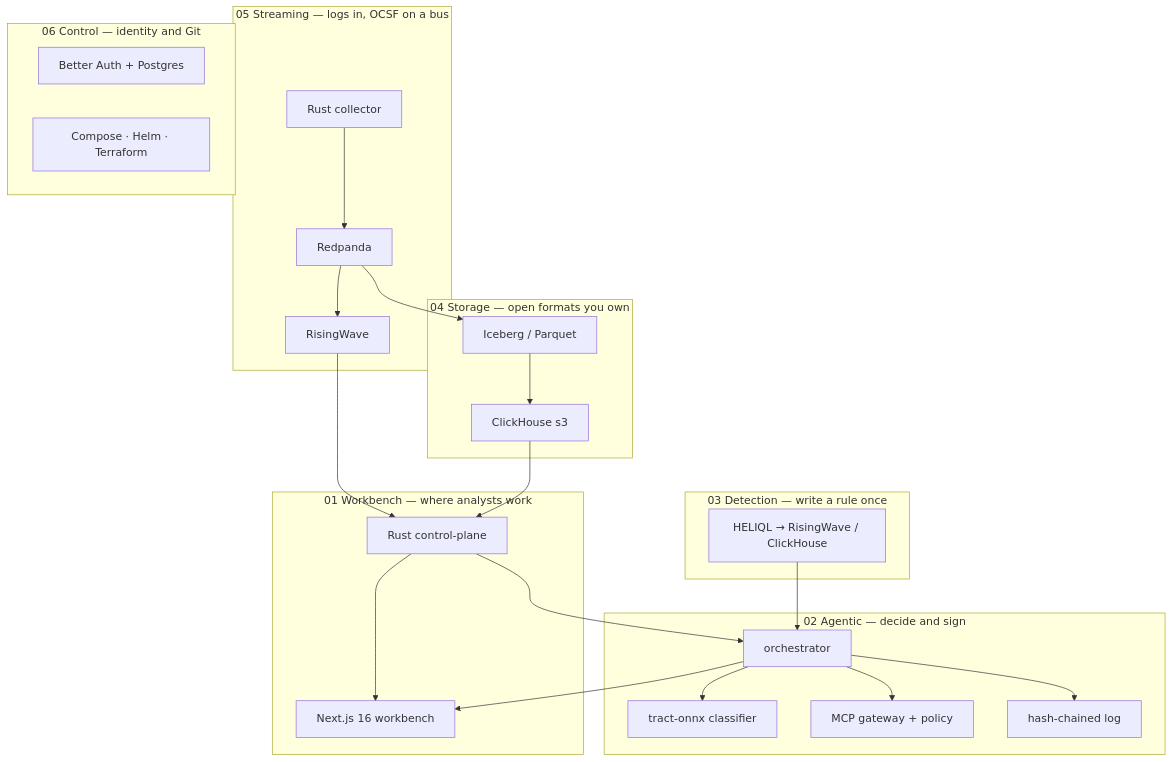
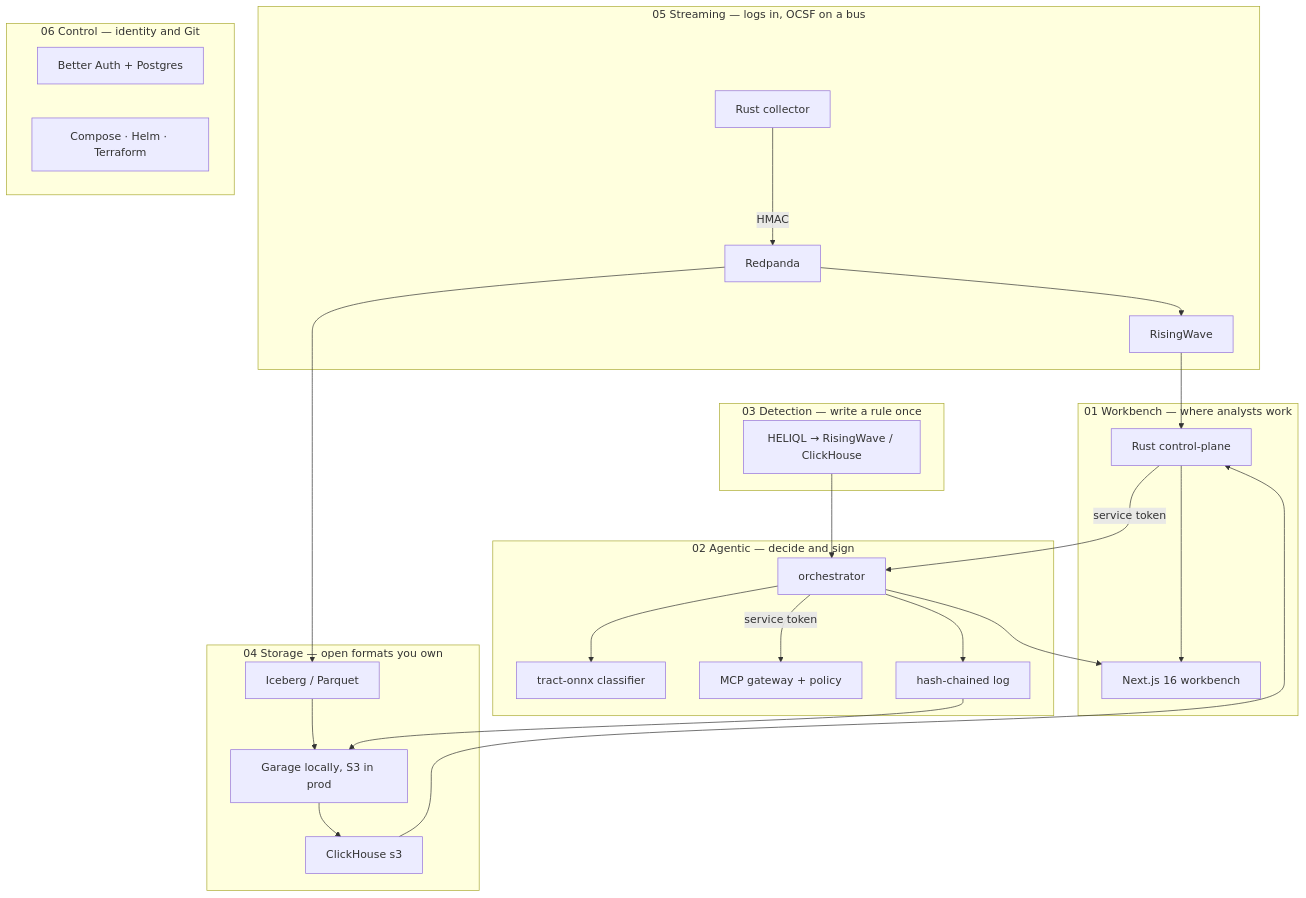
Before and after one commit to mhomaid/attest: the second of 4 diagrams in README.md, drawn with Mermaid. The commit also changed other lines of this file and 1 other file, not shown here.

First line of the commit message:
docs: record service auth in the README and T-010 evidence [T-010]

````diff
--- a/README.md
+++ b/README.md
@@ -80,41 +81,43 @@
 ```mermaid
 flowchart TB
   subgraph Workbench["01 Workbench — where analysts work"]
     WB[Next.js 16 workbench]
     CP[Rust control-plane]
   end
   subgraph Agentic["02 Agentic — decide and sign"]
     Orch[orchestrator]
     ONNX[tract-onnx classifier]
     MCP[MCP gateway + policy]
     Att[hash-chained log]
   end
   subgraph Detection["03 Detection — write a rule once"]
     HQ[HELIQL → RisingWave / ClickHouse]
   end
   subgraph Storage["04 Storage — open formats you own"]
     IB[Iceberg / Parquet]
+    GR[Garage locally, S3 in prod]
     CH[ClickHouse s3]
   end
   subgraph Streaming["05 Streaming — logs in, OCSF on a bus"]
     Col[Rust collector]
     RP[Redpanda]
     RW[RisingWave]
   end
   subgraph Control["06 Control — identity and Git"]
     Auth[Better Auth + Postgres]
     IaC[Compose · Helm · Terraform]
   end
 
-  Col --> RP --> RW
-  RP --> IB
+  Col -->|HMAC| RP --> RW
+  RP --> IB --> GR
   RW --> CP
-  IB --> CH --> CP
+  GR --> CH --> CP
   HQ --> Orch
-  CP --> Orch
+  CP -->|service token| Orch
   Orch --> ONNX
-  Orch --> MCP
+  Orch -->|service token| MCP
   Orch --> Att
+  Att --> GR
   CP --> WB
   Orch --> WB
 ```
````
